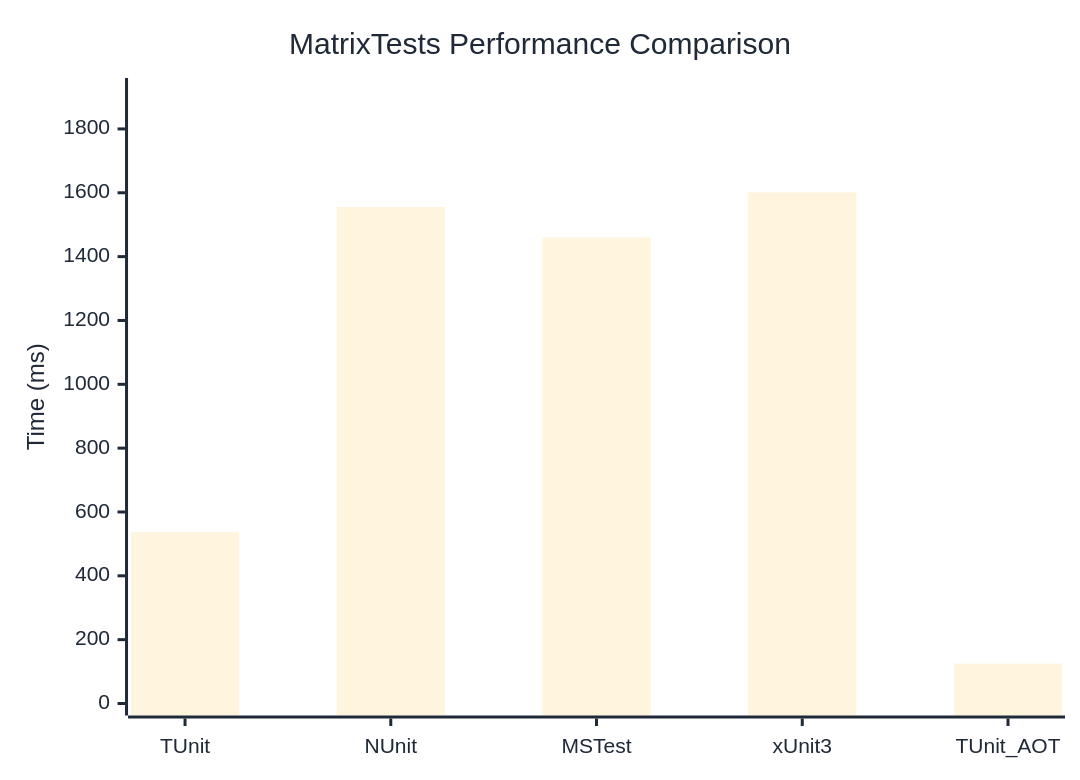
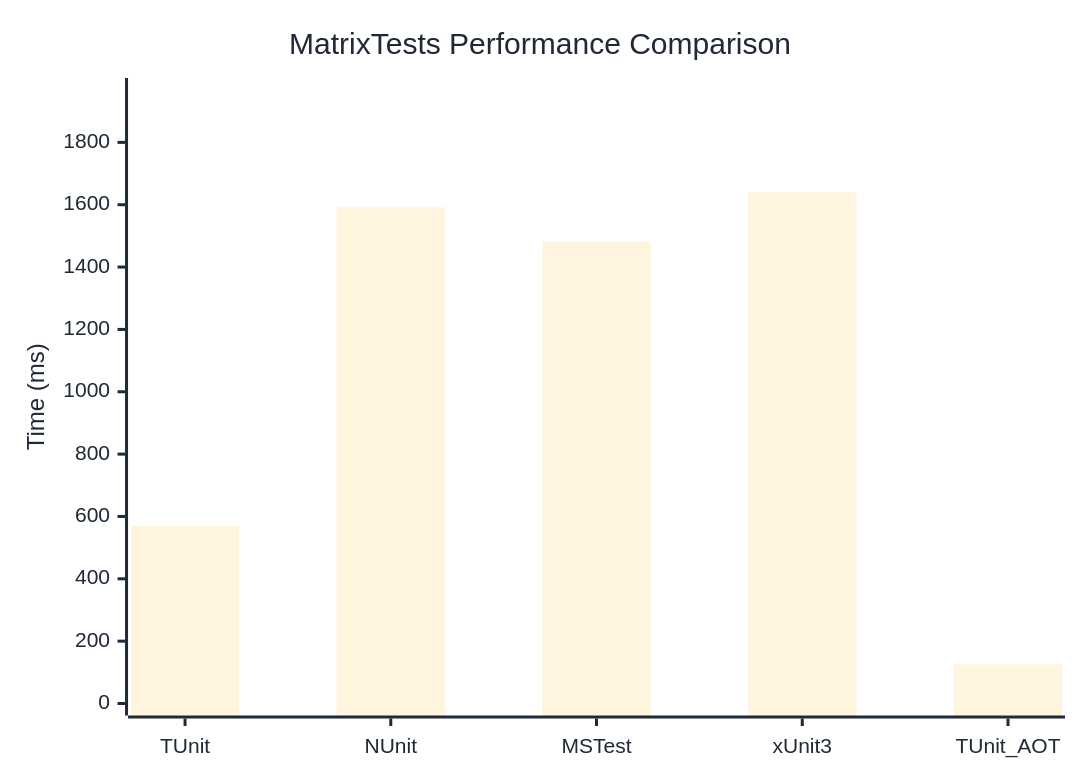
One commit to thomhurst/TUnit changed the diagram in docs/docs/benchmarks/MatrixTests.md. Above: the diagram before and after it, drawn with Mermaid. The commit also changed other lines of this file and 17 other files, not shown here.

````diff
--- a/docs/docs/benchmarks/MatrixTests.md
+++ b/docs/docs/benchmarks/MatrixTests.md
@@ -27,37 +27,37 @@
 ```mermaid
 %%{init: {
   'theme':'base',
   'themeVariables': {
     'primaryColor': '#2563eb',
     'primaryTextColor': '#1f2937',
     'primaryBorderColor': '#1e40af',
     'lineColor': '#6b7280',
     'secondaryColor': '#7c3aed',
     'tertiaryColor': '#dc2626',
     'background': '#ffffff',
     'mainBkg': '#2563eb',
     'secondBkg': '#7c3aed',
     'tertiaryBkg': '#dc2626',
     'clusterBkg': '#f3f4f6',
     'edgeLabelBackground': '#ffffff',
     'tertiaryTextColor': '#1f2937',
     'pie1': '#2563eb',
     'pie2': '#7c3aed',
     'pie3': '#dc2626',
     'pie4': '#f59e0b',
     'pie5': '#10b981',
     'pie6': '#06b6d4',
     'pie7': '#ec4899',
     'pie8': '#6366f1',
     'pie9': '#84cc16',
     'pie10': '#f97316',
     'pie11': '#14b8a6',
     'pie12': '#a855f7'
   }
 }}%%
 xychart-beta
   title "MatrixTests Performance Comparison"
   x-axis ["TUnit", "NUnit", "MSTest", "xUnit3", "TUnit_AOT"]
-  y-axis "Time (ms)" 0 --> 1922
-  bar [536.5, 1555.4, 1460.4, 1601.5, 124.8]
+  y-axis "Time (ms)" 0 --> 1968
+  bar [569.4, 1591.6, 1482.2, 1640, 125.1]
 ```
````
